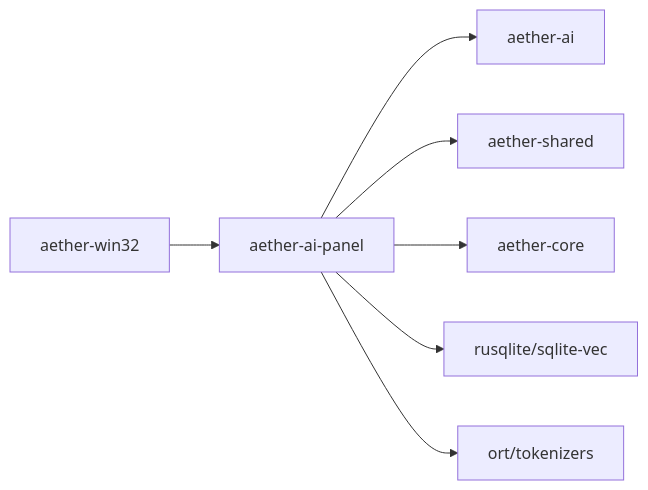
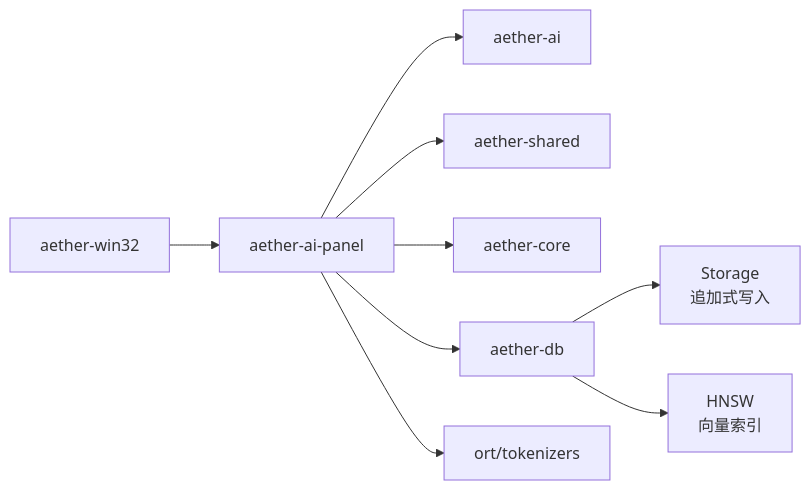
Before and after one commit to aetherstudio-cn/AetherStudio: the seventh of 7 diagrams in .qoder/repowiki/zh/content/扩展系统/AI面板系统.md, drawn with Mermaid. The commit also changed other lines of this file and 7 other files, not shown here.

````diff
--- a/.qoder/repowiki/zh/content/扩展系统/AI面板系统.md
+++ b/.qoder/repowiki/zh/content/扩展系统/AI面板系统.md
@@ -323,9 +359,11 @@
 ```mermaid
 graph LR
 Win32["aether-win32"] --> Panel["aether-ai-panel"]
 Panel --> AI["aether-ai"]
 Panel --> Shared["aether-shared"]
 Panel --> Core["aether-core"]
-Panel --> SQLite["rusqlite/sqlite-vec"]
+Panel --> AetherDB["aether-db"]
+AetherDB --> Storage["Storage<br/>追加式写入"]
+AetherDB --> HNSW["HNSW<br/>向量索引"]
 Panel --> ORT["ort/tokenizers"]
 ```
````
